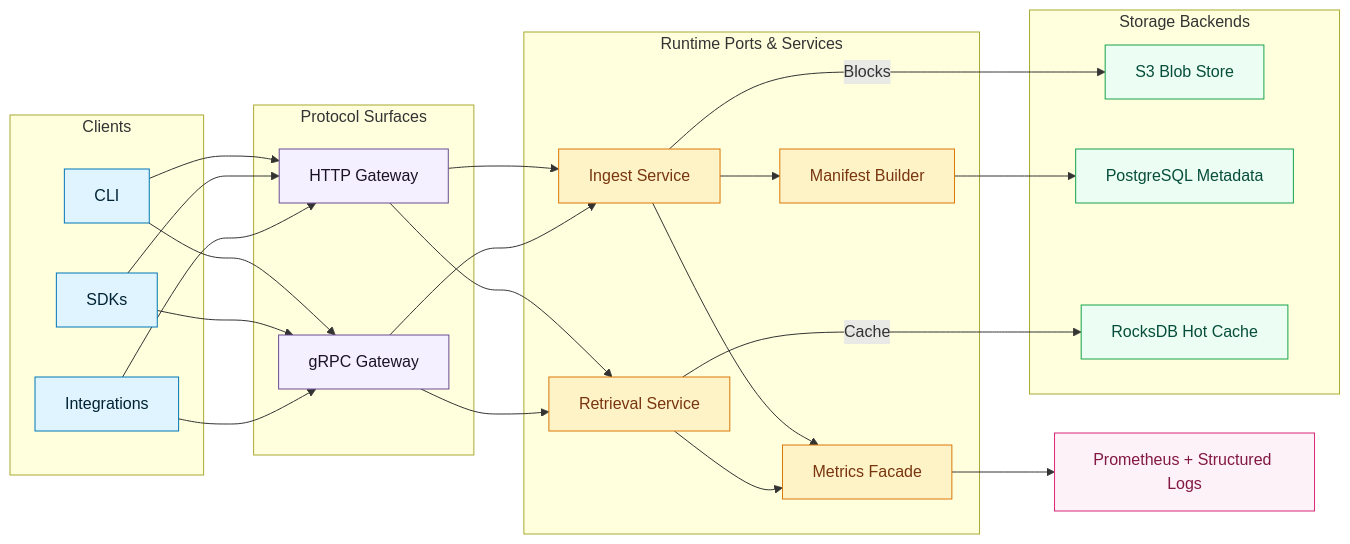
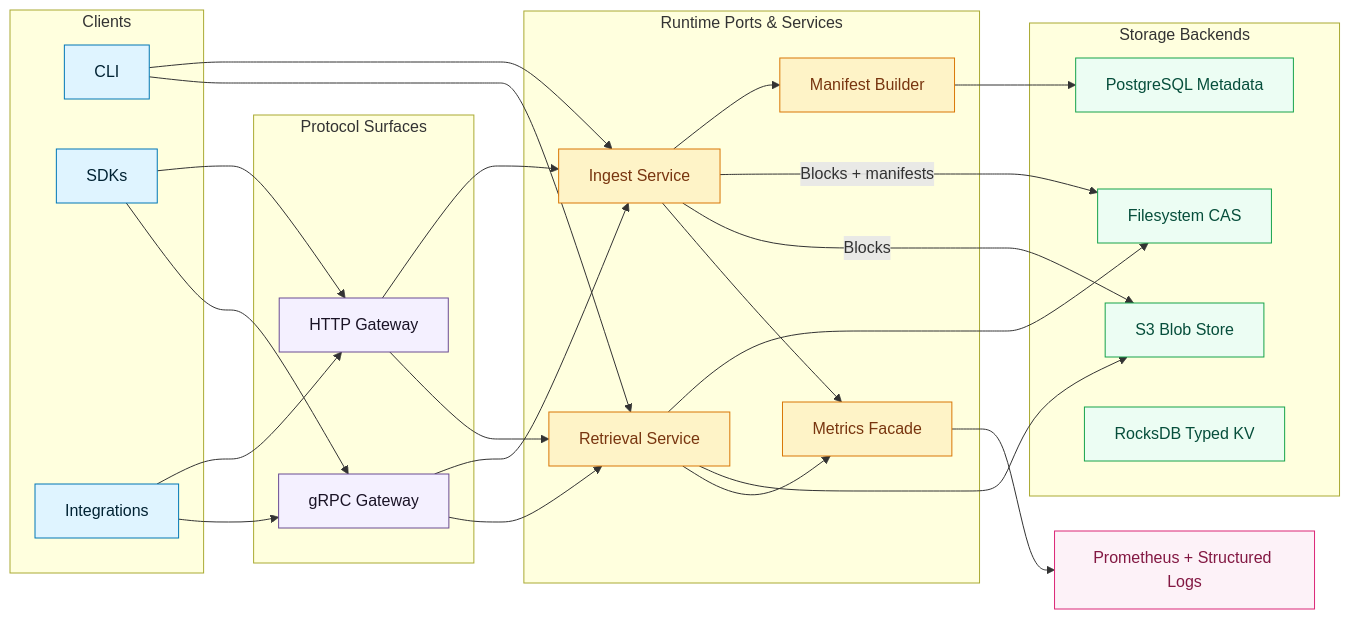
The first of 2 diagrams in docs/architecture.md (AdrielC/graviton), drawn with Mermaid before and after one commit. The commit also changed other lines of this file and 130 other files, not shown here.

````diff
--- a/docs/architecture.md
+++ b/docs/architecture.md
@@ -11,58 +11,61 @@
 ```mermaid
 flowchart LR
   classDef client fill:#dff4ff,stroke:#0077b6,color:#002233;
   classDef transport fill:#f4f0ff,stroke:#6a4c93,color:#1a1326;
   classDef runtime fill:#fef3c7,stroke:#d97706,color:#78350f;
   classDef backend fill:#ecfdf3,stroke:#16a34a,color:#064e3b;
   classDef ops fill:#fdf2f8,stroke:#db2777,color:#831843;
 
   subgraph Clients["Clients"]
     cli["CLI"]
     sdks["SDKs"]
     integ["Integrations"]
   end
 
   subgraph Transports["Protocol Surfaces"]
     http["HTTP Gateway"]
     grpc["gRPC Gateway"]
   end
 
   subgraph Runtime["Runtime Ports & Services"]
     ingest["Ingest Service"]
     retrieve["Retrieval Service"]
     manifest["Manifest Builder"]
     metrics["Metrics Facade"]
   end
 
   subgraph Backends["Storage Backends"]
+    fs["Filesystem CAS"]
     s3["S3 Blob Store"]
     pg["PostgreSQL Metadata"]
-    rocks["RocksDB Hot Cache"]
+    rocks["RocksDB Typed KV"]
   end
 
   observability["Prometheus + Structured Logs"]
 
-  cli --> http
-  cli --> grpc
+  cli --> ingest
+  cli --> retrieve
   sdks --> http
   sdks --> grpc
   integ --> http
   integ --> grpc
   http --> ingest
   grpc --> ingest
   http --> retrieve
   grpc --> retrieve
   ingest --> manifest
   manifest --> pg
+  ingest -->|Blocks + manifests| fs
+  retrieve --> fs
   ingest -->|Blocks| s3
-  retrieve -->|Cache| rocks
+  retrieve --> s3
   metrics --> observability
   ingest --> metrics
   retrieve --> metrics
 
   class cli,sdks,integ client
   class http,grpc transport
   class ingest,retrieve,manifest,metrics runtime
-  class s3,pg,rocks backend
+  class fs,s3,pg,rocks backend
   class observability ops
 ```
````
